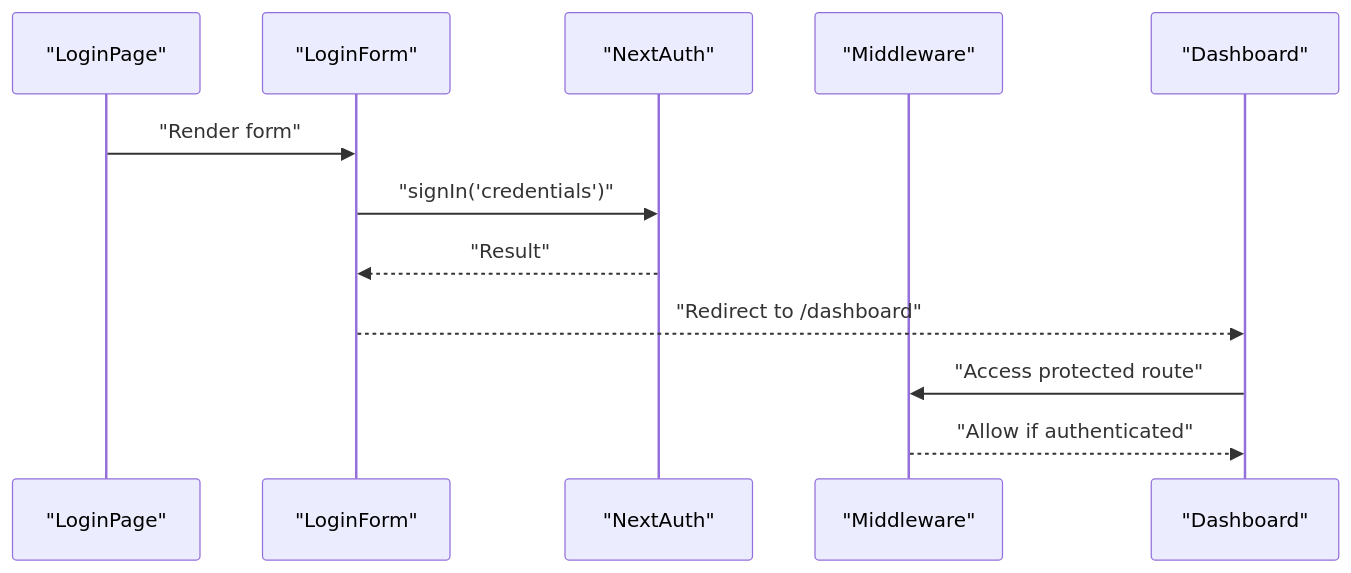
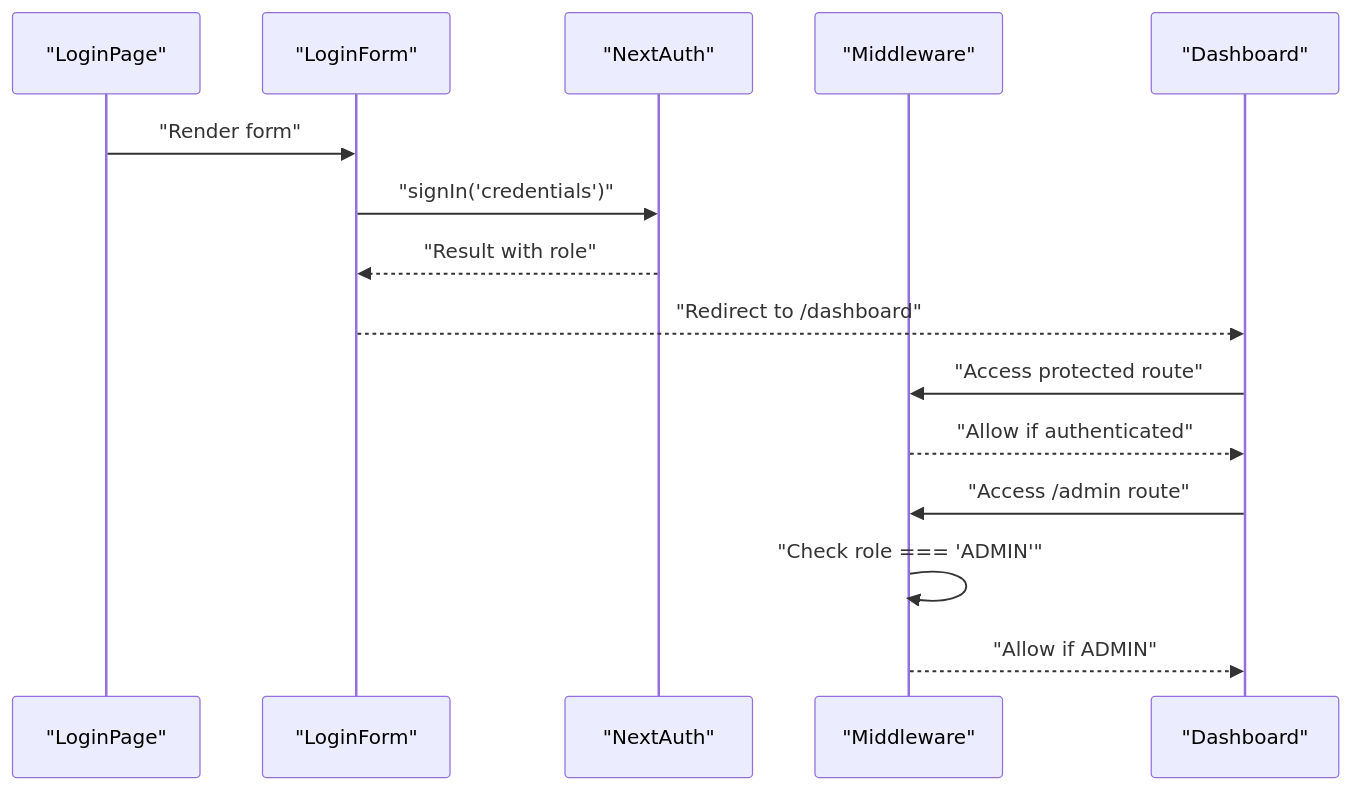
The sixth of 11 diagrams in .qoder/repowiki/en/content/Authentication & Authorization/Authentication & Authorization.md (Crowdspender/titchybooks-app), drawn with Mermaid before and after one commit. The commit also changed other lines of this file and 62 other files, not shown here.

````diff
--- a/.qoder/repowiki/en/content/Authentication & Authorization/Authentication & Authorization.md
+++ b/.qoder/repowiki/en/content/Authentication & Authorization/Authentication & Authorization.md
@@ -243,14 +313,17 @@
 ```mermaid
 sequenceDiagram
 participant L as "LoginPage"
 participant F as "LoginForm"
 participant N as "NextAuth"
 participant M as "Middleware"
 participant D as "Dashboard"
 L->>F : "Render form"
 F->>N : "signIn('credentials')"
-N-->>F : "Result"
+N-->>F : "Result with role"
 F-->>D : "Redirect to /dashboard"
 D->>M : "Access protected route"
 M-->>D : "Allow if authenticated"
+D->>M : "Access /admin route"
+M->>M : "Check role === 'ADMIN'"
+M-->>D : "Allow if ADMIN"
 ```
````
